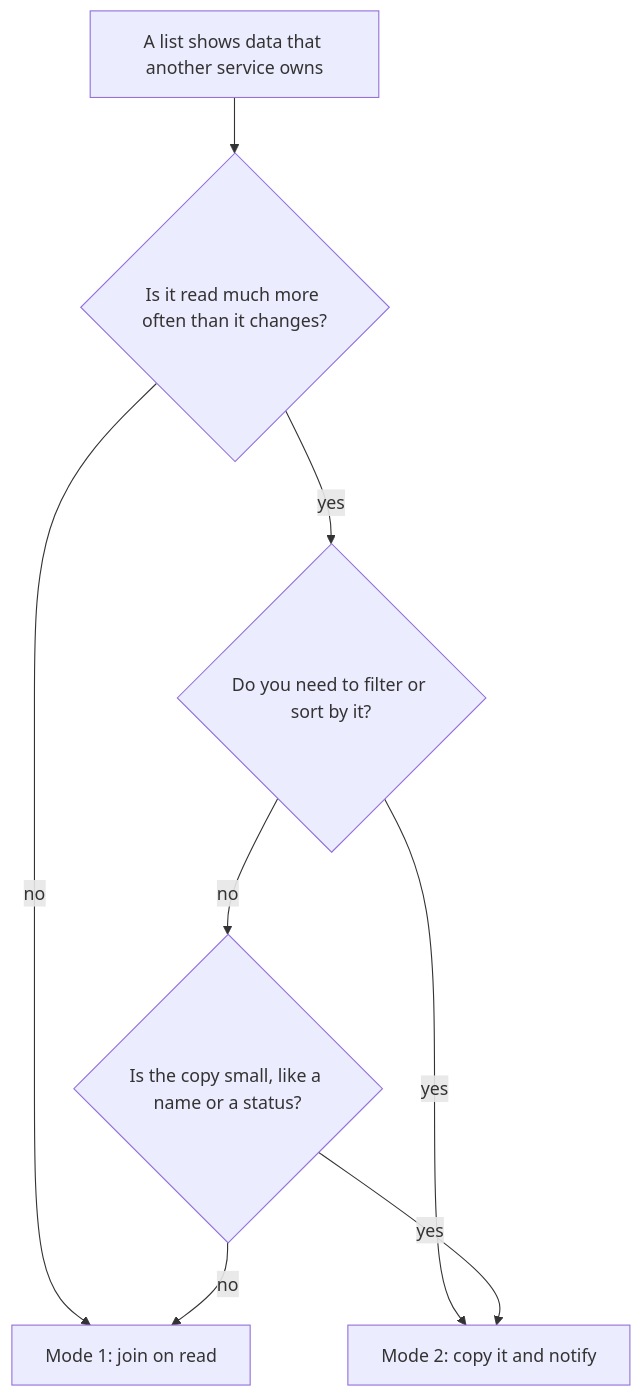
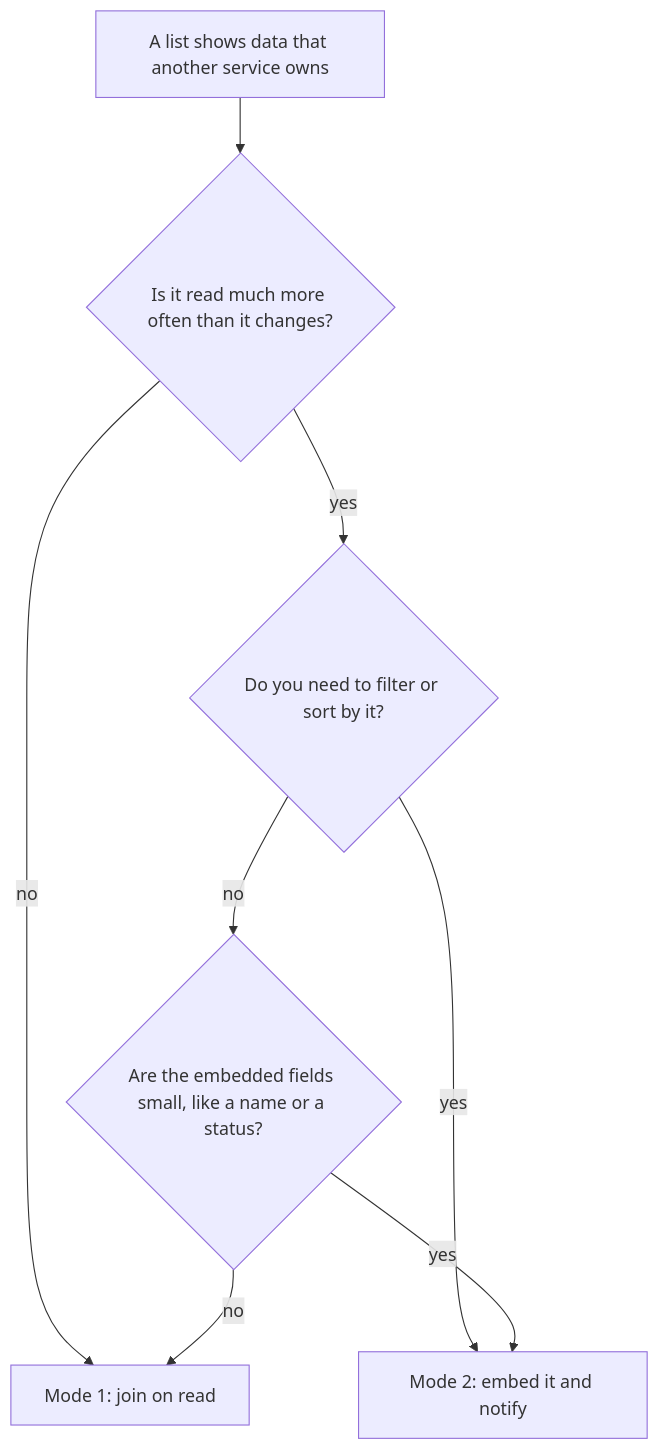
Diagram 11 of 13 in README.details.md (herrcristi/small-nodejs-service), drawn with Mermaid before and after one commit. The commit also changed other lines of this file and 119 other files, not shown here.

Commit message:
Review mongo flows, timeouts, read preference

````diff
--- a/README.details.md
+++ b/README.details.md
@@ -586,10 +588,10 @@
 ```mermaid
 flowchart TD
   q0["A list shows data that another service owns"] --> q1{"Is it read much more often than it changes?"}
   q1 -->|"no"| join["Mode 1: join on read"]
   q1 -->|"yes"| q2{"Do you need to filter or sort by it?"}
-  q2 -->|"yes"| copy["Mode 2: copy it and notify"]
-  q2 -->|"no"| q3{"Is the copy small, like a name or a status?"}
-  q3 -->|"yes"| copy
+  q2 -->|"yes"| embed["Mode 2: embed it and notify"]
+  q2 -->|"no"| q3{"Are the embedded fields small, like a name or a status?"}
+  q3 -->|"yes"| embed
   q3 -->|"no"| join
 ```
````
